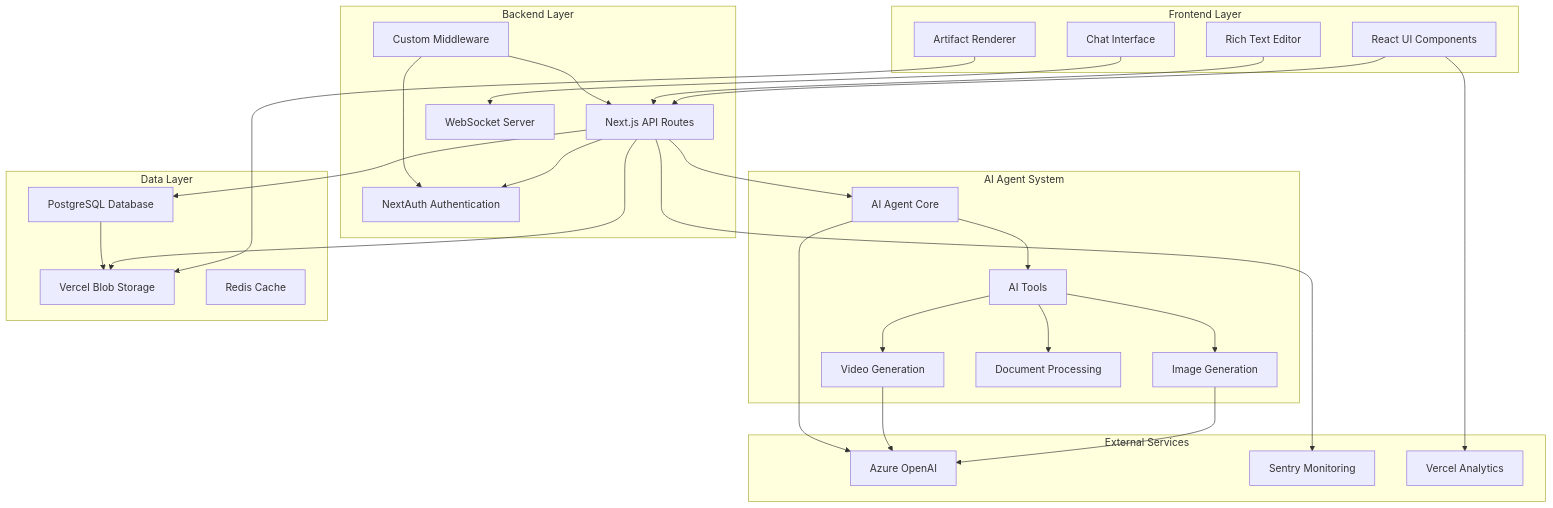
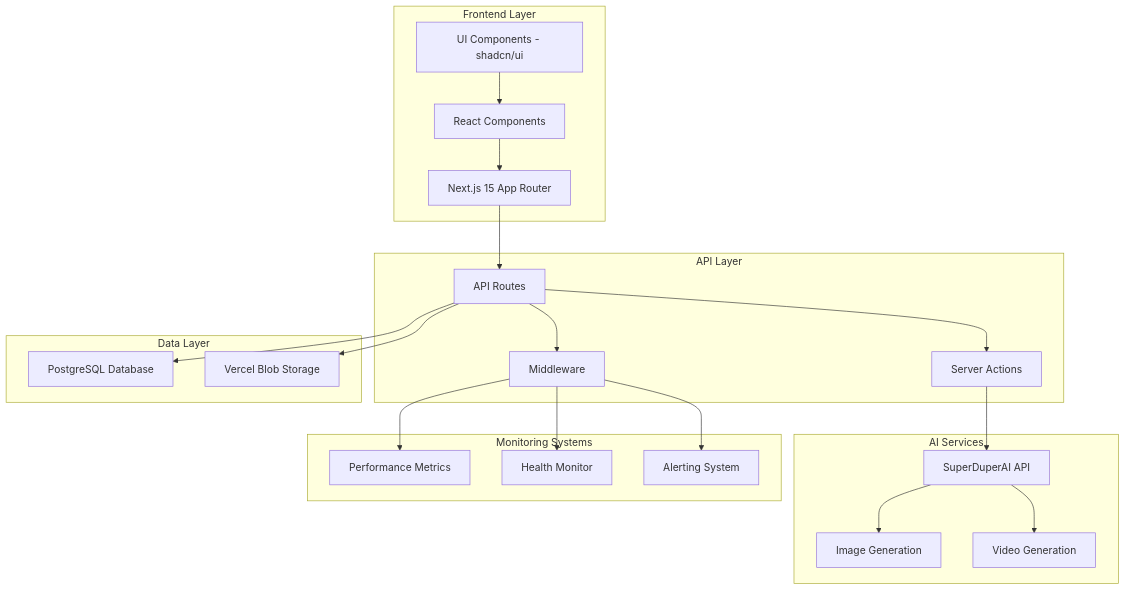
The diagram in apps/super-chatbot/docs/architecture/system-overview.md (fortunto2/super-turbo), drawn with Mermaid before and after one commit. The commit also changed other lines of this file and 114 other files, not shown here.

````diff
--- a/apps/super-chatbot/docs/architecture/system-overview.md
+++ b/apps/super-chatbot/docs/architecture/system-overview.md
@@ -9,63 +5,49 @@
 ```mermaid
 graph TB
     subgraph "Frontend Layer"
-        UI["React UI Components"]
-        Chat["Chat Interface"]
-        Editor["Rich Text Editor"]
-        Artifacts["Artifact Renderer"]
+        A[Next.js 15 App Router]
+        B[React Components]
+        C[UI Components - shadcn/ui]
     end
-    
-    subgraph "Backend Layer"
-        API["Next.js API Routes"]
-        Auth["NextAuth Authentication"]
-        Middleware["Custom Middleware"]
-        WS["WebSocket Server"]
+
+    subgraph "API Layer"
+        D[API Routes]
+        E[Server Actions]
+        F[Middleware]
     end
-    
-    subgraph "AI Agent System"
-        Agent["AI Agent Core"]
-        Tools["AI Tools"]
-        ImageGen["Image Generation"]
-        VideoGen["Video Generation"]
-        DocProc["Document Processing"]
+
+    subgraph "AI Services"
+        G[SuperDuperAI API]
+        H[Image Generation]
+        I[Video Generation]
     end
-    
+
+    subgraph "Monitoring Systems"
+        J[Performance Metrics]
+        K[Health Monitor]
+        L[Alerting System]
+    end
+
     subgraph "Data Layer"
-        DB["PostgreSQL Database"]
-        Storage["Vercel Blob Storage"]
-        Cache["Redis Cache"]
+        M[PostgreSQL Database]
+        N[Vercel Blob Storage]
     end
-    
-    subgraph "External Services"
-        OpenAI["Azure OpenAI"]
-        Sentry["Sentry Monitoring"]
-        Analytics["Vercel Analytics"]
-    end
-    
-    UI --> API
-    Chat --> WS
-    Editor --> API
-    Artifacts --> Storage
-    
-    API --> Auth
-    API --> Agent
-    API --> DB
-    
-    Agent --> Tools
-    Tools --> ImageGen
-    Tools --> VideoGen
-    Tools --> DocProc
-    
-    ImageGen --> OpenAI
-    VideoGen --> OpenAI
-    Agent --> OpenAI
-    
-    API --> Storage
-    DB --> Storage
-    
-    API --> Sentry
-    UI --> Analytics
-    
-    Middleware --> Auth
-    Middleware --> API
+
+    A --> D
+    B --> A
+    C --> B
+
+    D --> E
+    D --> F
+    E --> G
+
+    G --> H
+    G --> I
+
+    F --> J
+    F --> K
+    F --> L
+
+    D --> M
+    D --> N
 ```
````
